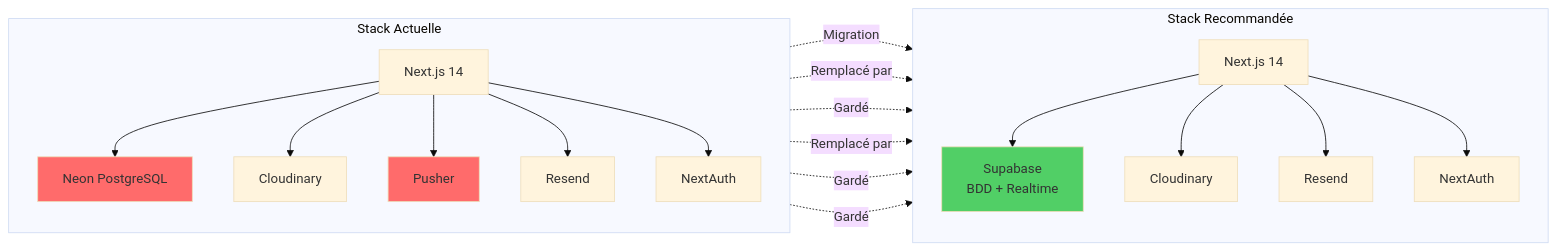
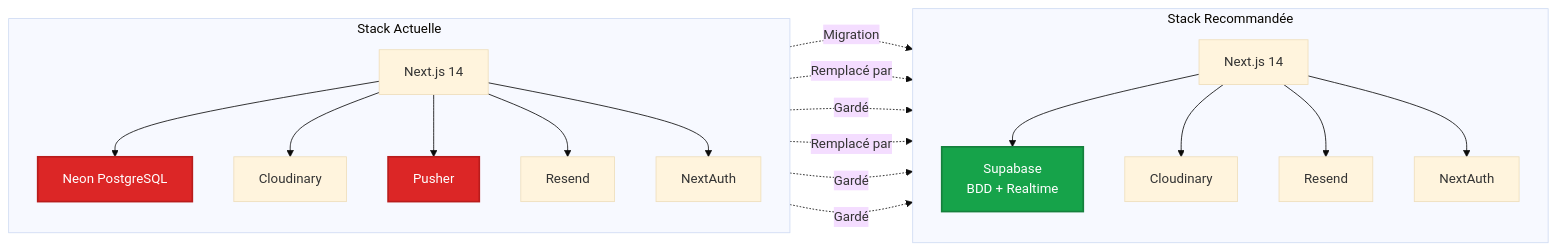
One commit to inskillflow/next-auth-demo-2-match changed diagram 17 of 32 in documentation/16-diagrammes-architecture.md. Above: the diagram before and after it, drawn with Mermaid (base theme). The commit also changed other lines of this file, not shown here.

````diff
--- a/documentation/16-diagrammes-architecture.md
+++ b/documentation/16-diagrammes-architecture.md
@@ -711,43 +711,43 @@
 ```mermaid
 graph LR
     subgraph "Stack Actuelle"
         direction TB
         A1[Next.js 14]
         A2[Neon PostgreSQL]
         A3[Cloudinary]
         A4[Pusher]
         A5[Resend]
         A6[NextAuth]
         
         A1 --> A2
         A1 --> A3
         A1 --> A4
         A1 --> A5
         A1 --> A6
     end
     
     subgraph "Stack Recommandée"
         direction TB
         B1[Next.js 14]
         B2[Supabase<br/>BDD + Realtime]
         B3[Cloudinary]
         B4[Resend]
         B5[NextAuth]
         
         B1 --> B2
         B1 --> B3
         B1 --> B4
         B1 --> B5
     end
     
     A1 -.Migration.-> B1
     A2 -.Remplacé par.-> B2
     A3 -.Gardé.-> B3
     A4 -.Remplacé par.-> B2
     A5 -.Gardé.-> B4
     A6 -.Gardé.-> B5
     
-    style A2 fill:#ff6b6b
-    style A4 fill:#ff6b6b
-    style B2 fill:#51cf66
+    style A2 fill:#dc2626,stroke:#b91c1c,stroke-width:2px,color:#fff
+    style A4 fill:#dc2626,stroke:#b91c1c,stroke-width:2px,color:#fff
+    style B2 fill:#16a34a,stroke:#15803d,stroke-width:2px,color:#fff
 ```
````
